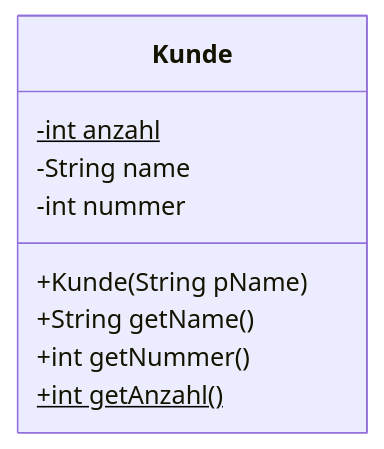
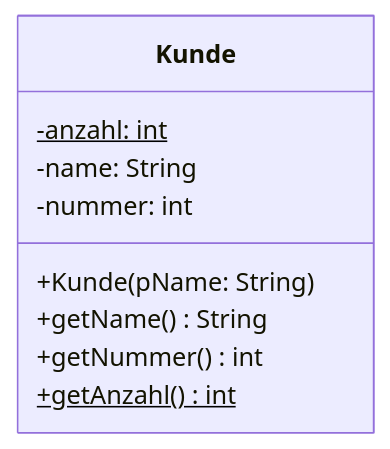
Before and after one commit to openpatch/hyperbook-informatik: the first of 2 diagrams in book/oberstufe/oop/02-erweiterungen/01-vertiefte-objektorientierung/02-klassenattribute-und-konstanten.md, drawn with Mermaid. The commit also changed other lines of this file and 19 other files, not shown here.

Commit message:
richtige implementationsdiagramme

````diff
--- a/book/oberstufe/oop/02-erweiterungen/01-vertiefte-objektorientierung/02-klassenattribute-und-konstanten.md
+++ b/book/oberstufe/oop/02-erweiterungen/01-vertiefte-objektorientierung/02-klassenattribute-und-konstanten.md
@@ -155,12 +155,12 @@
 ```mermaid
 classDiagram
     class Kunde {
-        -int anzahl$
-        -String name
-        -int nummer
-        +Kunde(String pName)
-        +String getName()
-        +int getNummer()
-        +int getAnzahl()$
+        -anzahl: int$
+        -name: String
+        -nummer: int
+        +Kunde(pName: String)
+        +getName() String
+        +getNummer() int
+        +getAnzahl() int$
     }
 ```
````
